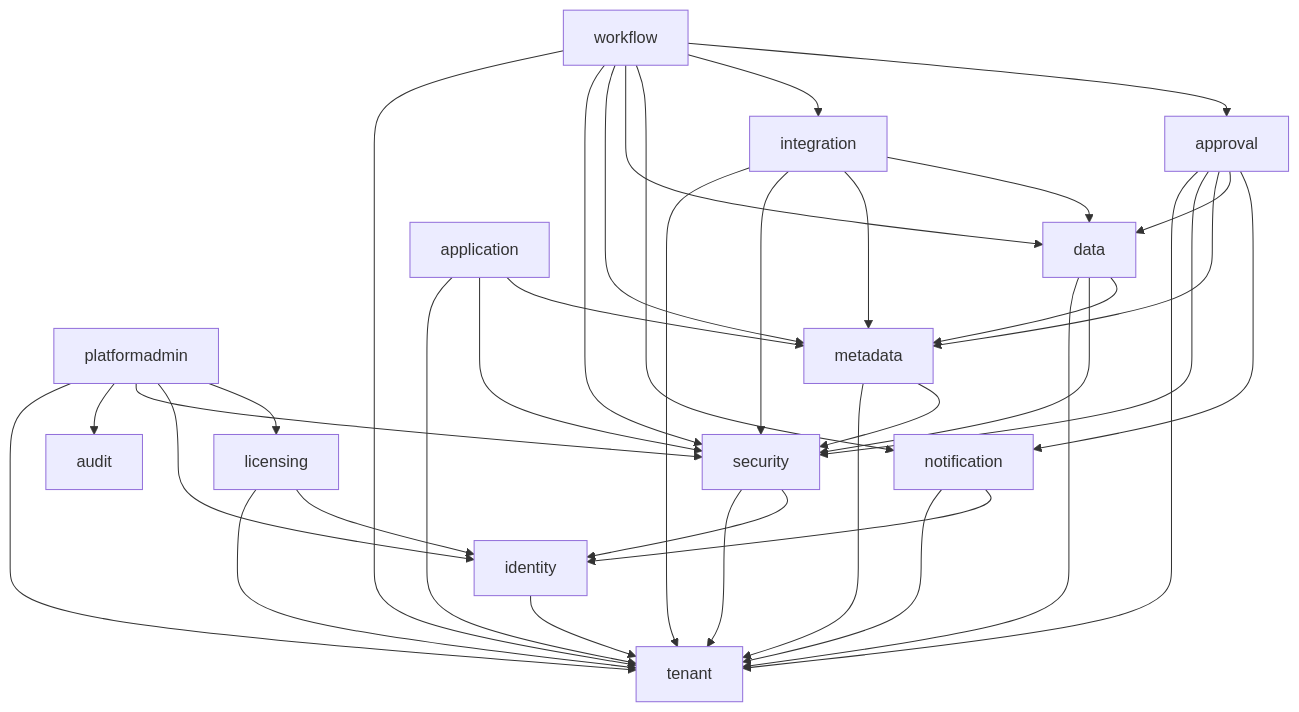
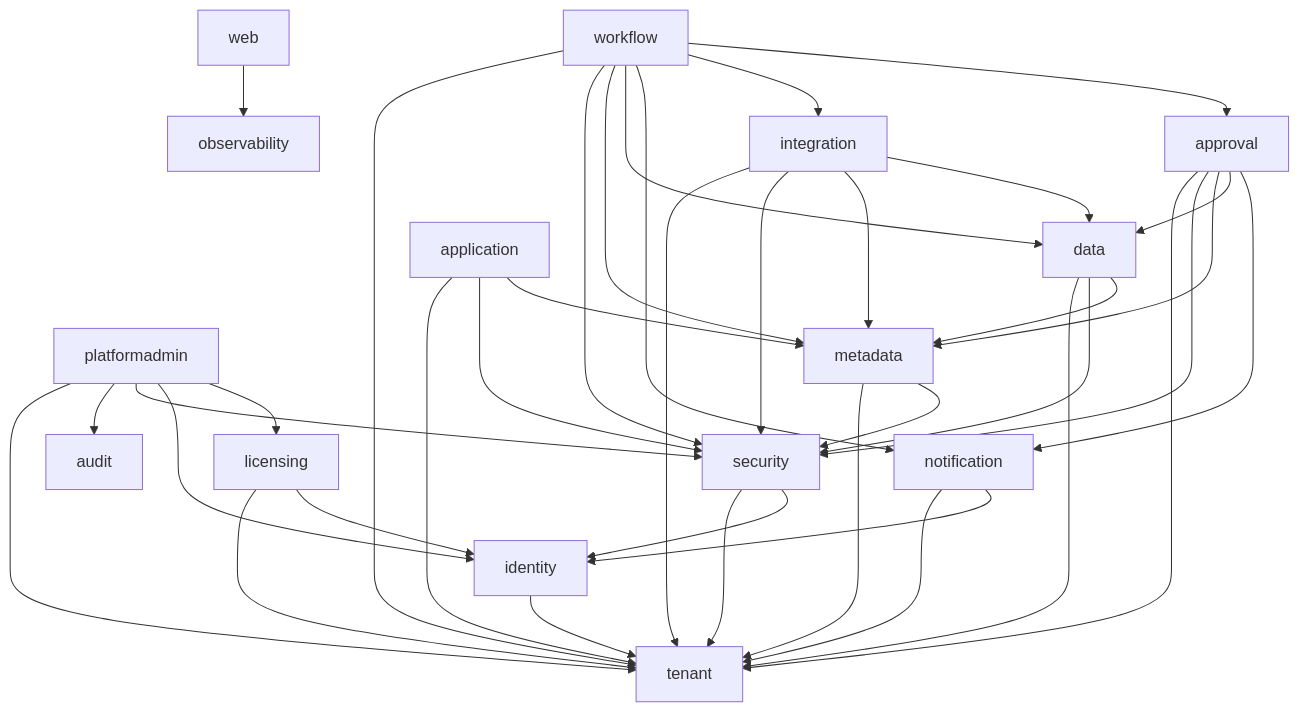
One commit to JKCloudbridge/SaaSJAVA changed the diagram in docs/modules.md. Above: the diagram before and after it, drawn with Mermaid. The commit also changed other lines of this file and 131 other files, not shown here.

````diff
--- a/docs/modules.md
+++ b/docs/modules.md
@@ -27,14 +29,15 @@
 ```mermaid
 graph TD
   platformadmin --> licensing & identity & security & audit & tenant
   workflow --> approval & integration & notification & data & metadata & security & tenant
   approval --> notification & data & metadata & security & tenant
   integration --> data & metadata & security & tenant
   data --> metadata & security & tenant
   application --> metadata & security & tenant
   metadata --> security & tenant
   security --> identity & tenant
   licensing --> identity & tenant
   notification --> identity & tenant
   identity --> tenant
+  web --> observability
 ```
````
